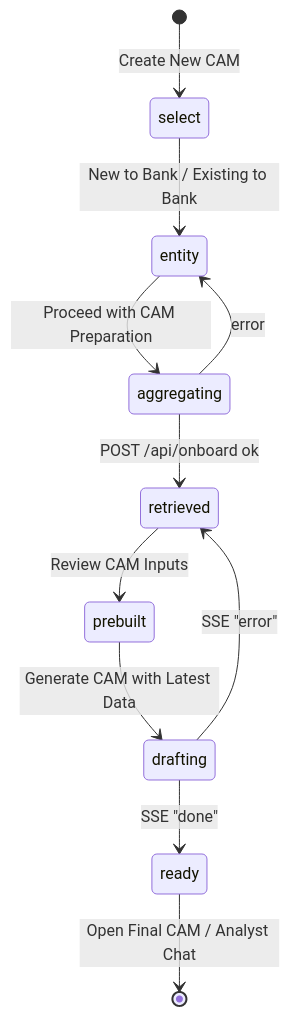
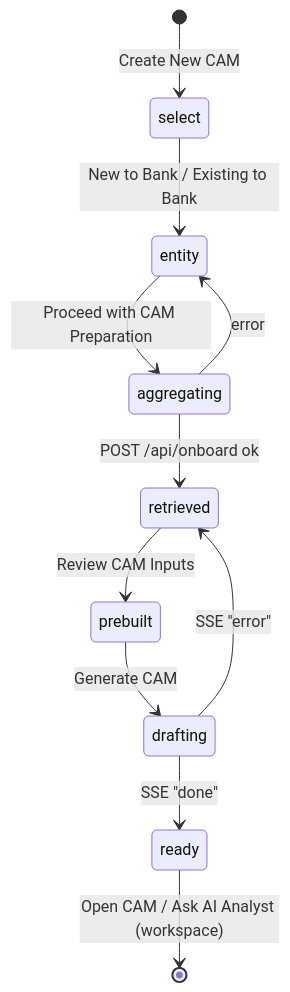
Before and after one commit to shireesh-git/digital-lending: the third of 5 diagrams in docs/FRONTEND_BACKEND_INTEGRATION.md, drawn with Mermaid. The commit also changed other lines of this file and 33 other files, not shown here.

````diff
--- a/docs/FRONTEND_BACKEND_INTEGRATION.md
+++ b/docs/FRONTEND_BACKEND_INTEGRATION.md
@@ -127,13 +139,13 @@
 ```mermaid
 stateDiagram-v2
     [*] --> select: Create New CAM
     select --> entity: New to Bank / Existing to Bank
     entity --> aggregating: Proceed with CAM Preparation
     aggregating --> retrieved: POST /api/onboard ok
     aggregating --> entity: error
     retrieved --> prebuilt: Review CAM Inputs
-    prebuilt --> drafting: Generate CAM with Latest Data
+    prebuilt --> drafting: Generate CAM
     drafting --> ready: SSE "done"
     drafting --> retrieved: SSE "error"
-    ready --> [*]: Open Final CAM / Analyst Chat
+    ready --> [*]: Open CAM / Ask AI Analyst (workspace)
 ```
````
